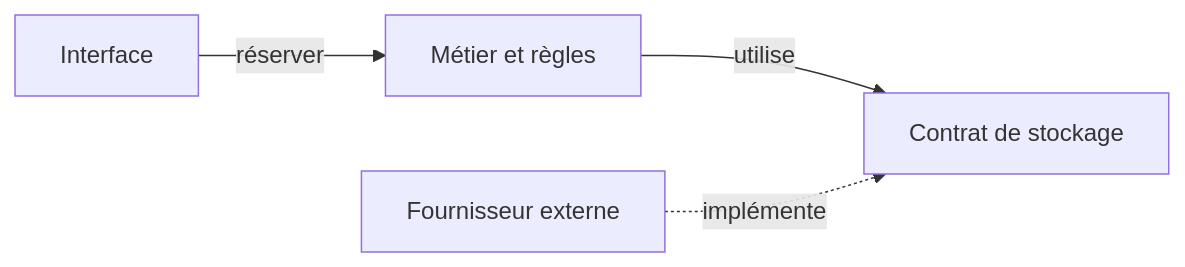
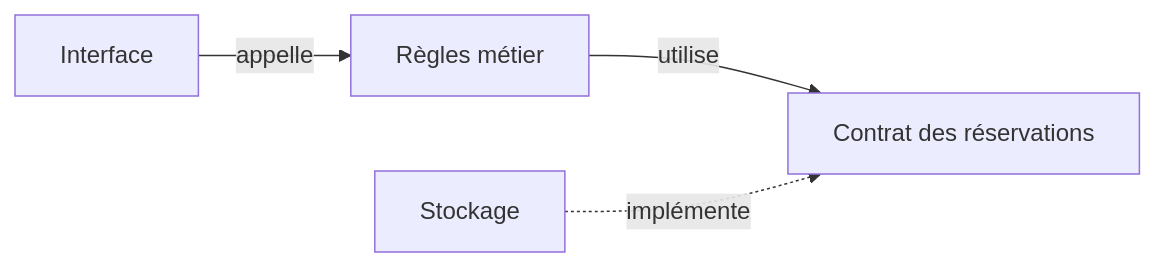
The diagram in src/cours/poo-patterns-frameworks/01-fondations.md (theopaolo/dev-carnet), drawn with Mermaid before and after one commit. The commit also changed other lines of this file and 13 other files, not shown here.

````diff
--- a/src/cours/poo-patterns-frameworks/01-fondations.md
+++ b/src/cours/poo-patterns-frameworks/01-fondations.md
@@ -18,8 +64,8 @@
 ```mermaid
 flowchart LR
-  accTitle: Responsabilités d'une réservation
-  accDescr: L'interface appelle le métier. Le métier utilise un contrat de stockage dont le fournisseur fournit une implémentation.
-  UI[Interface] -->|réserver| Metier[Métier et règles]
-  Metier -->|utilise| Contrat[Contrat de stockage]
-  API[Fournisseur externe] -.->|implémente| Contrat
+  accTitle: Dépendances d'une réservation
+  accDescr: L'interface utilise les règles métier. Les règles dépendent d'un contrat de réservations que le stockage implémente.
+  UI[Interface] -->|appelle| Metier[Règles métier]
+  Metier -->|utilise| Contrat[Contrat des réservations]
+  Stockage[Stockage] -.->|implémente| Contrat
 ```
````
